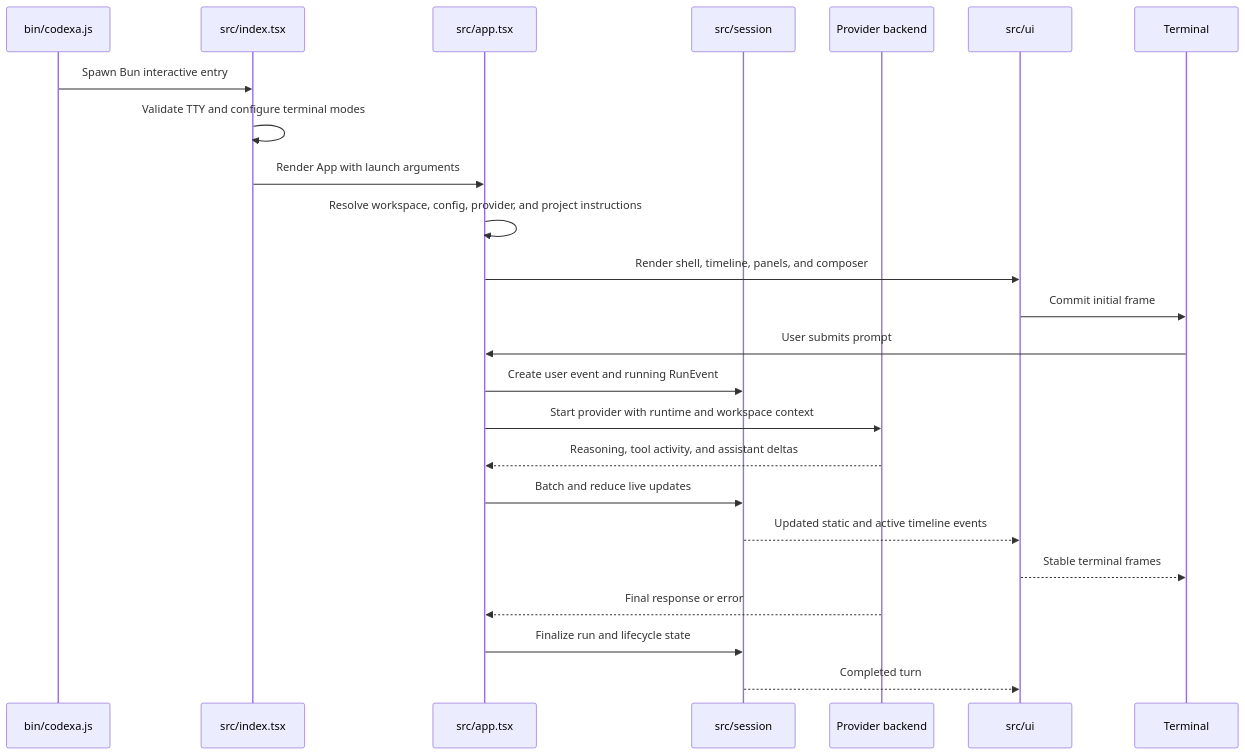
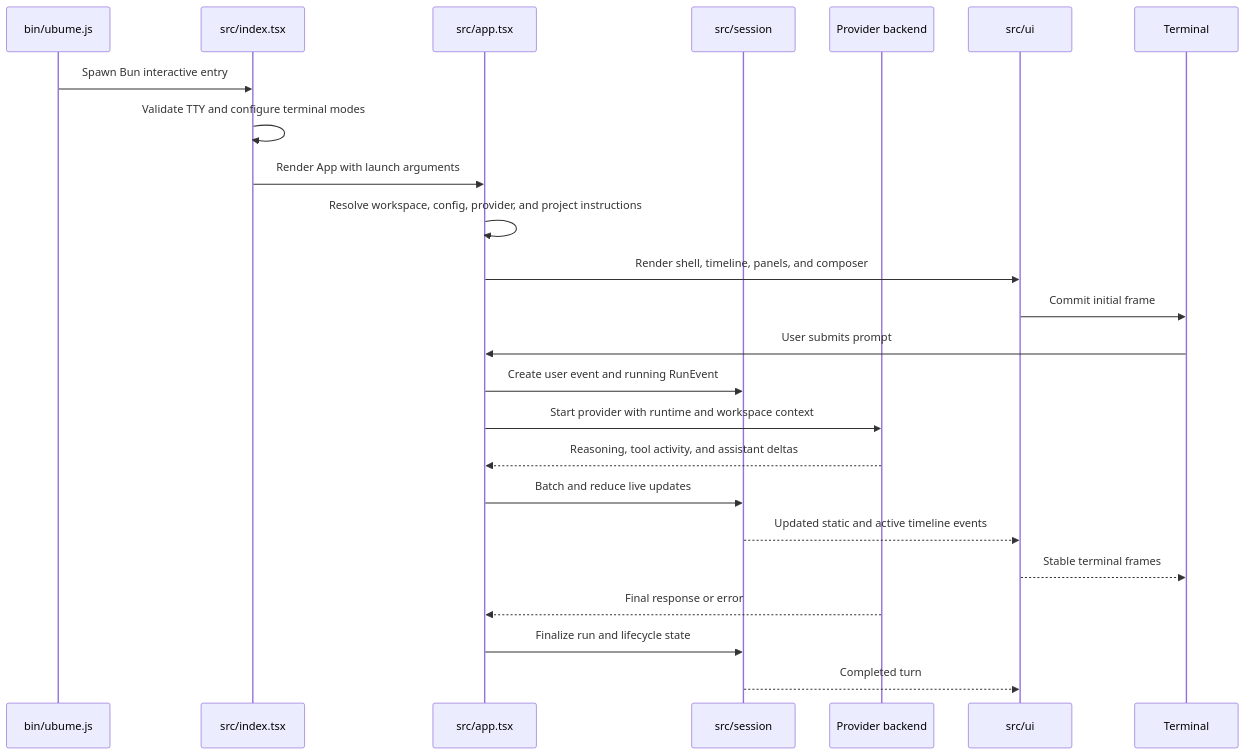
Before and after one commit to golba98/Ubume: the fourth of 9 diagrams in docs/ARCHITECTURE.md, drawn with Mermaid. The commit also changed other lines of this file and 188 other files, not shown here.

````diff
--- a/docs/ARCHITECTURE.md
+++ b/docs/ARCHITECTURE.md
@@ -113,27 +113,27 @@
 ```mermaid
 sequenceDiagram
-  participant L as bin/codexa.js
+  participant L as bin/ubume.js
   participant I as src/index.tsx
   participant A as src/app.tsx
   participant S as src/session
   participant P as Provider backend
   participant U as src/ui
   participant T as Terminal
 
   L->>I: Spawn Bun interactive entry
   I->>I: Validate TTY and configure terminal modes
   I->>A: Render App with launch arguments
   A->>A: Resolve workspace, config, provider, and project instructions
   A->>U: Render shell, timeline, panels, and composer
   U->>T: Commit initial frame
   T->>A: User submits prompt
   A->>S: Create user event and running RunEvent
   A->>P: Start provider with runtime and workspace context
   P-->>A: Reasoning, tool activity, and assistant deltas
   A->>S: Batch and reduce live updates
   S-->>U: Updated static and active timeline events
   U-->>T: Stable terminal frames
   P-->>A: Final response or error
   A->>S: Finalize run and lifecycle state
   S-->>U: Completed turn
 ```
````
